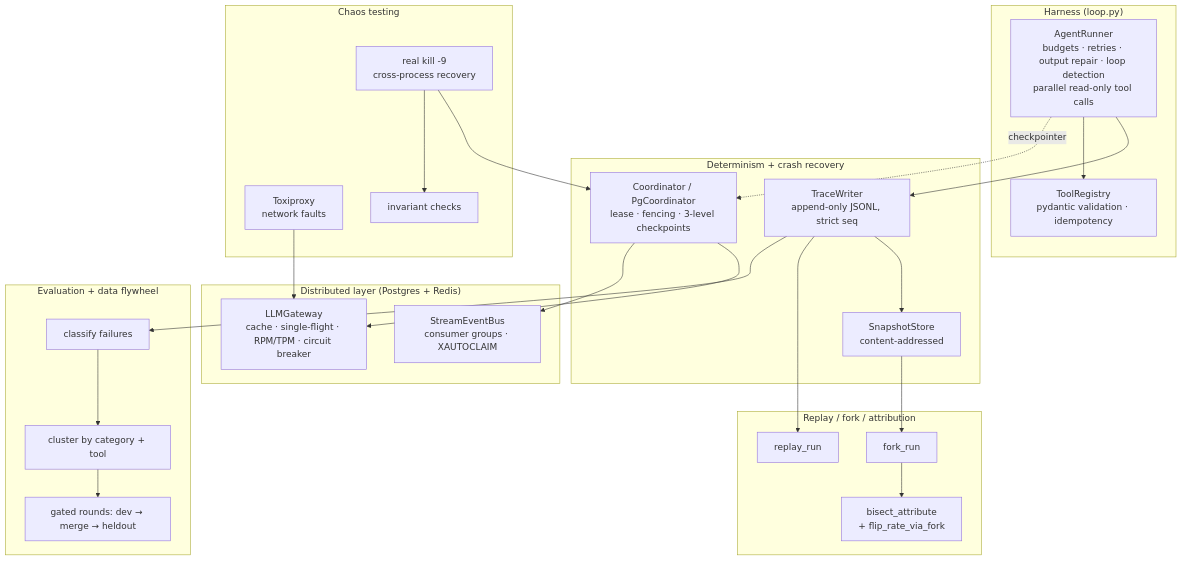
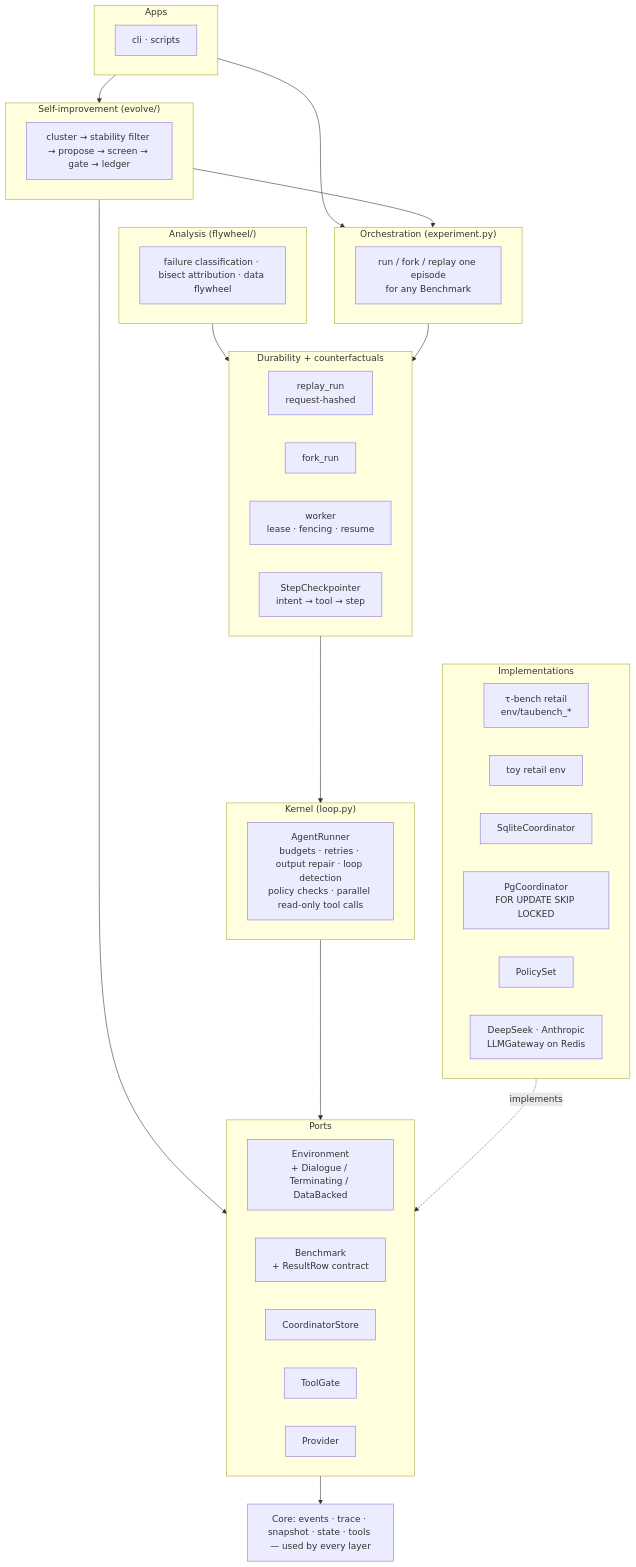
Before and after one commit to Danica-Yan/RewindHarness: the diagram in README.md, drawn with Mermaid. The commit also changed other lines of this file and 14 other files, not shown here.

````diff
--- a/README.md
+++ b/README.md
@@ -50,47 +52,51 @@
 ```mermaid
 flowchart TB
-    subgraph Harness["Harness (loop.py)"]
-        Loop["AgentRunner<br/>budgets · retries · output repair · loop detection<br/>parallel read-only tool calls"]
-        Tools["ToolRegistry<br/>pydantic validation · idempotency"]
+    subgraph Apps["Apps"]
+        CLI["cli · scripts"]
     end
-    subgraph Durability["Determinism + crash recovery"]
-        Trace["TraceWriter<br/>append-only JSONL, strict seq"]
-        Snap["SnapshotStore<br/>content-addressed"]
-        Ckpt["Coordinator / PgCoordinator<br/>lease · fencing · 3-level checkpoints"]
+    subgraph Evolve["Self-improvement (evolve/)"]
+        Ev["cluster → stability filter → propose → screen → gate → ledger"]
     end
-    subgraph CF["Replay / fork / attribution"]
-        Replay["replay_run"]
+    subgraph Analysis["Analysis (flywheel/)"]
+        Fw["failure classification · bisect attribution · data flywheel"]
+    end
+    subgraph Exp["Orchestration (experiment.py)"]
+        Ep["run / fork / replay one episode<br/>for any Benchmark"]
+    end
+    subgraph Dur["Durability + counterfactuals"]
+        Replay["replay_run<br/>request-hashed"]
         Fork["fork_run"]
-        Attr["bisect_attribute<br/>+ flip_rate_via_fork"]
+        Worker["worker<br/>lease · fencing · resume"]
+        Ckpt["StepCheckpointer<br/>intent → tool → step"]
     end
-    subgraph Dist["Distributed layer (Postgres + Redis)"]
-        Gateway["LLMGateway<br/>cache · single-flight · RPM/TPM · circuit breaker"]
-        Stream["StreamEventBus<br/>consumer groups · XAUTOCLAIM"]
+    subgraph Kernel["Kernel (loop.py)"]
+        Loop["AgentRunner<br/>budgets · retries · output repair · loop detection<br/>policy checks · parallel read-only tool calls"]
     end
-    subgraph Chaos["Chaos testing"]
-        Kill["real kill -9<br/>cross-process recovery"]
-        Toxi["Toxiproxy<br/>network faults"]
-        Inv["invariant checks"]
+    subgraph Ports["Ports"]
+        PEnv["Environment<br/>+ Dialogue / Terminating / DataBacked"]
+        PBench["Benchmark<br/>+ ResultRow contract"]
+        PStore["CoordinatorStore"]
+        PGate["ToolGate"]
+        PProv["Provider"]
     end
-    subgraph Flywheel["Evaluation + data flywheel"]
-        Classify["classify failures"]
-        Cluster["cluster by category + tool"]
-        Round["gated rounds: dev → merge → heldout"]
+    subgraph Impl["Implementations"]
+        Tau["τ-bench retail<br/>env/taubench_*"]
+        Toy["toy retail env"]
+        Sqlite["SqliteCoordinator"]
+        Pg["PgCoordinator<br/>FOR UPDATE SKIP LOCKED"]
+        Pol["PolicySet"]
+        LLM["DeepSeek · Anthropic<br/>LLMGateway on Redis"]
     end
+    Core["Core: events · trace · snapshot · state · tools — used by every layer"]
 
-    Loop --> Trace
-    Loop --> Tools
-    Trace --> Snap
-    Loop -.checkpointer.-> Ckpt
-    Trace --> Replay
-    Snap --> Fork
-    Fork --> Attr
-    Ckpt --> Gateway
-    Ckpt --> Stream
-    Kill --> Ckpt
-    Toxi --> Gateway
-    Kill --> Inv
-    Trace --> Classify
-    Classify --> Cluster
-    Cluster --> Round
+    Apps --> Evolve
+    Apps --> Exp
+    Evolve --> Exp
+    Evolve --> Ports
+    Analysis --> Dur
+    Exp --> Dur
+    Dur --> Kernel
+    Kernel --> Ports
+    Impl -. implements .-> Ports
+    Ports --> Core
 ```
````
